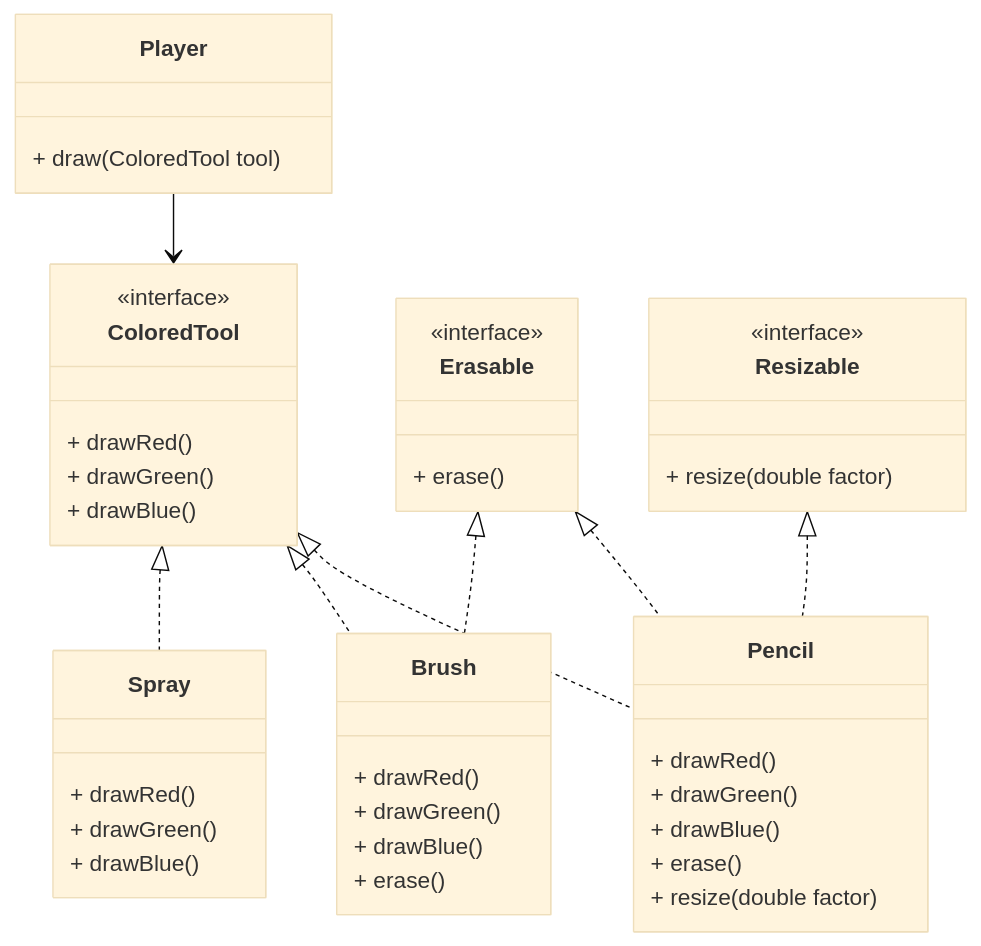
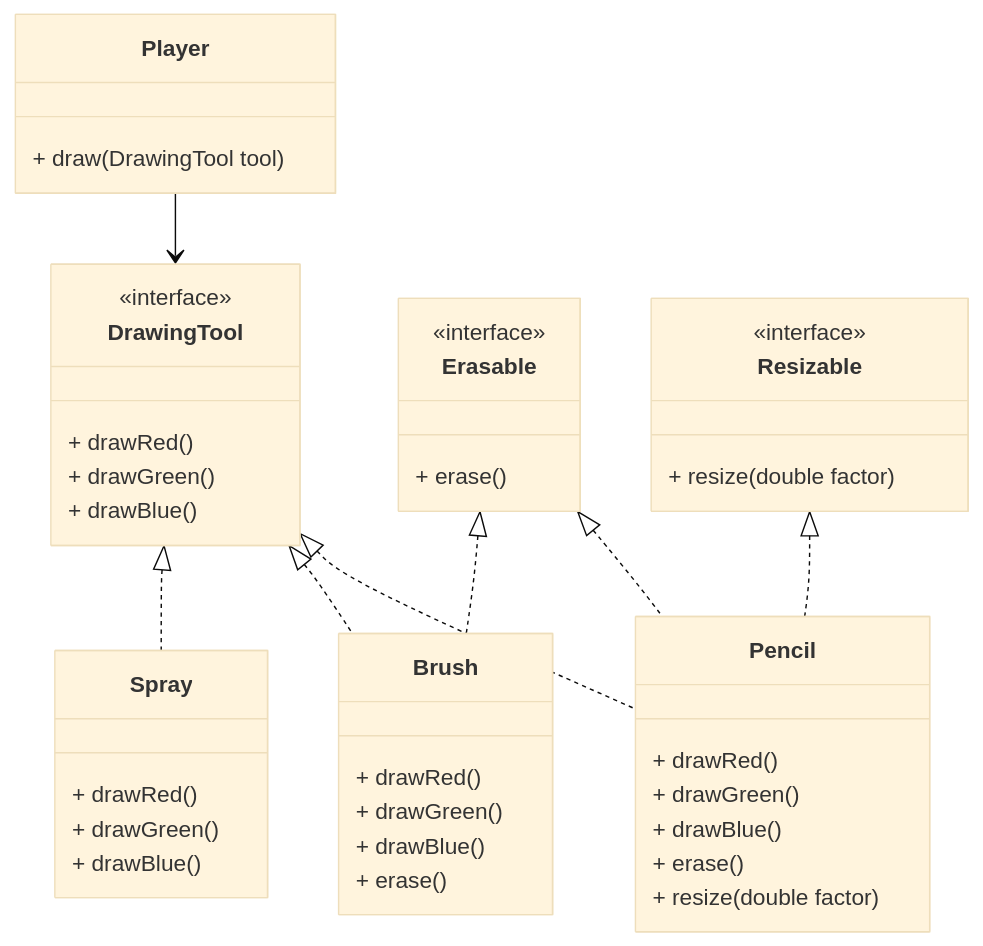
The fourth of 11 diagrams in slides/E3.3 - Java Classes (Interfaces, abstract classes).md (nbicocchi/learn-java-core), drawn with Mermaid (base theme) before and after one commit. The commit also changed other lines of this file and 1 other file, not shown here.

````diff
--- a/slides/E3.3 - Java Classes (Interfaces, abstract classes).md
+++ b/slides/E3.3 - Java Classes (Interfaces, abstract classes).md
@@ -120,61 +116,61 @@
 ```mermaid
 classDiagram
 %% Interfaces
-    class ColoredTool {
+    class DrawingTool {
         <<interface>>
         + drawRed()
         + drawGreen()
         + drawBlue()
     }
 
     class Erasable {
         <<interface>>
         + erase()
     }
 
     class Resizable {
         <<interface>>
         + resize(double factor)
     }
 
 %% Concrete classes
     class Pencil {
         + drawRed()
         + drawGreen()
         + drawBlue()
         + erase()
         + resize(double factor)
     }
 
     class Brush {
         + drawRed()
         + drawGreen()
         + drawBlue()
         + erase()
     }
 
     class Spray {
         + drawRed()
         + drawGreen()
         + drawBlue()
     }
 
 %% Player class
     class Player {
-        + draw(ColoredTool tool)
+        + draw(DrawingTool tool)
     }
 
 %% Implementation relationships
-    ColoredTool <|.. Pencil
+    DrawingTool <|.. Pencil
     Erasable <|.. Pencil
     Resizable <|.. Pencil
 
-    ColoredTool <|.. Brush
+    DrawingTool <|.. Brush
     Erasable <|.. Brush
 
-    ColoredTool <|.. Spray
+    DrawingTool <|.. Spray
 
 %% Player uses ColoredTool
-    Player --> ColoredTool
+    Player --> DrawingTool
 
 ```
````
